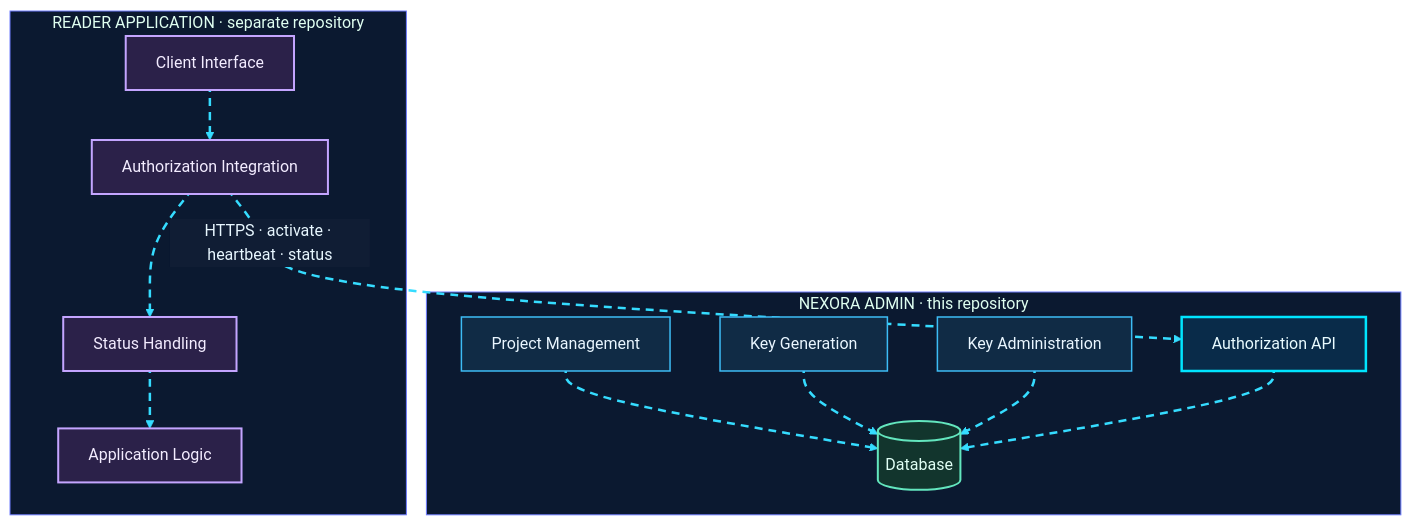
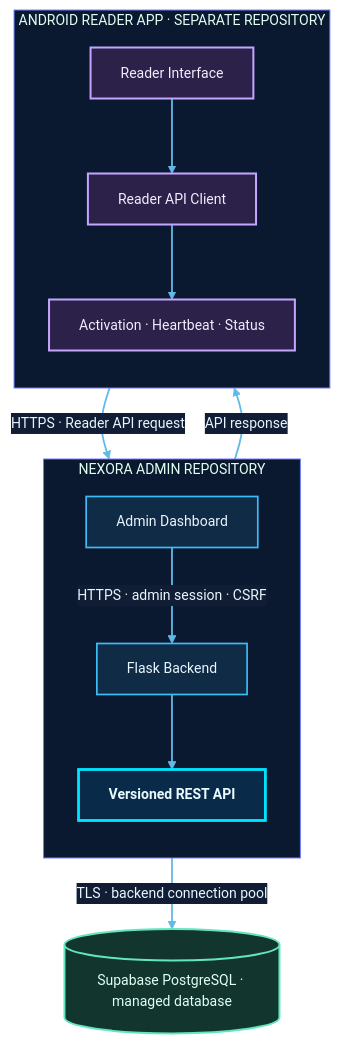
One commit to shajeduzzamanenan992008inc/NexOra-Database-key-Gen changed the second of 23 diagrams in README.md. Above: the diagram before and after it, drawn with Mermaid. The commit also changed other lines of this file, not shown here.

````diff
--- a/README.md
+++ b/README.md
@@ -446,45 +446,42 @@
 ```mermaid
-%%{init: {"theme":"base","themeVariables":{"darkMode":true,"background":"#07111f","primaryColor":"#102744","primaryTextColor":"#e8f7ff","primaryBorderColor":"#00d9ff","lineColor":"#7297c8","secondaryColor":"#261d45","secondaryTextColor":"#f3eaff","secondaryBorderColor":"#a78bfa","tertiaryColor":"#12332b","tertiaryTextColor":"#e0fff1","tertiaryBorderColor":"#41e6a2","fontFamily":"Inter, Segoe UI, sans-serif","edgeLabelBackground":"#101d34","mainBkg":"#102744","nodeBorder":"#00d9ff","clusterBkg":"#0b1930","clusterBorder":"#6f7dff","actorBkg":"#102744","actorBorder":"#00d9ff","actorTextColor":"#e8f7ff","signalColor":"#64d8ff","signalTextColor":"#e8f7ff","noteBkgColor":"#0e332b","noteBorderColor":"#41e6a2","noteTextColor":"#e0fff1"}}}%%
+%%{init: {"theme":"base","themeVariables":{"darkMode":true,"background":"#07111f","primaryColor":"#102744","primaryTextColor":"#e8f7ff","primaryBorderColor":"#00d9ff","lineColor":"#62b9e8","secondaryColor":"#261d45","secondaryTextColor":"#f3eaff","secondaryBorderColor":"#a78bfa","tertiaryColor":"#12332b","tertiaryTextColor":"#e0fff1","tertiaryBorderColor":"#41e6a2","fontFamily":"Inter, Segoe UI, sans-serif","fontSize":"14px","edgeLabelBackground":"#101d34","mainBkg":"#102744","nodeBorder":"#00d9ff","clusterBkg":"#0b1930","clusterBorder":"#6f7dff","actorBkg":"#102744","actorBorder":"#00d9ff","actorTextColor":"#e8f7ff","signalColor":"#64d8ff","signalTextColor":"#e8f7ff","noteBkgColor":"#0e332b","noteBorderColor":"#41e6a2","noteTextColor":"#e0fff1"}}}%%
 flowchart TB
-    subgraph ADMIN["NEXORA ADMIN · this repository"]
-        A1["Project Management"]
-        A2["Key Generation"]
-        A3["Key Administration"]
-        A4[("Database")]
-        A5["Authorization API"]
-    end
-    subgraph READER["READER APPLICATION · separate repository"]
-        R1["Client Interface"]
-        R2["Authorization Integration"]
-        R3["Status Handling"]
-        R4["Application Logic"]
+    subgraph ADMIN["NEXORA ADMIN REPOSITORY"]
+        direction TB
+        A1["Admin Dashboard"]
+        A2["Flask Backend"]
+        A3["Versioned REST API"]
+        A1 -->|"HTTPS · admin session · CSRF"| A2
+        A2 --> A3
     end
 
-    A1 nx02e01@--> A4
-    A2 nx02e02@--> A4
-    A3 nx02e03@--> A4
-    R1 nx02e04@--> R2
-    R2 nx02e05@-->|"HTTPS · activate · heartbeat · status"| A5
-    A5 nx02e06@--> A4
-    R2 nx02e07@--> R3
-    R3 nx02e08@--> R4
+    subgraph READER["ANDROID READER APP · SEPARATE REPOSITORY"]
+        direction TB
+        R1["Reader Interface"]
+        R2["Reader API Client"]
+        R3["Activation · Heartbeat · Status"]
+        R1 --> R2 --> R3
+    end
 
-    %% OMEGA NEX-ORA visual classes
-    %% OMEGA NEX-ORA / ULTRA NEON PALETTE
-    classDef nxCore fill:#092b49,stroke:#00e5ff,stroke-width:2.5px,color:#e9fbff;
-    classDef nxProcess fill:#102b45,stroke:#3dbcf5,stroke-width:1.5px,color:#e9f6ff;
-    classDef nxDecision fill:#2b2050,stroke:#b38cff,stroke-width:2px,color:#f3edff;
-    classDef nxSuccess fill:#0d3b2c,stroke:#3fffa0,stroke-width:2px,color:#e0fff0;
-    classDef nxDanger fill:#451d30,stroke:#ff6688,stroke-width:2px,color:#fff0f3;
+    DB[("Supabase PostgreSQL · managed database")]
+    A3 -->|"TLS · backend connection pool"| DB
+    R2 -->|"HTTPS · Reader API request"| A3
+    A3 -->|"API response"| R2
+
+
+    %% OMEGA NEX-ORA · ULTRA NEON DESIGN SYSTEM
+    classDef nxCore fill:#092b49,stroke:#00e5ff,stroke-width:2.8px,color:#e9fbff,font-weight:bold;
+    classDef nxProcess fill:#102b45,stroke:#3dbcf5,stroke-width:1.7px,color:#e9f6ff;
+    classDef nxDecision fill:#2b2050,stroke:#b38cff,stroke-width:2.2px,color:#f3edff,font-weight:bold;
+    classDef nxSuccess fill:#0d3b2c,stroke:#3fffa0,stroke-width:2.2px,color:#e0fff0,font-weight:bold;
+    classDef nxDanger fill:#451d30,stroke:#ff6688,stroke-width:2.2px,color:#fff0f3,font-weight:bold;
     classDef nxData fill:#12352d,stroke:#63e6be,stroke-width:2px,color:#e1fff5;
     classDef nxExternal fill:#2b2149,stroke:#c4a5ff,stroke-width:2px,color:#f3ecff;
     classDef nxInfo fill:#17253e,stroke:#91a7c9,stroke-width:1.5px,color:#e5efff;
     classDef nxWarning fill:#453116,stroke:#fbbf24,stroke-width:2px,color:#fff6d6;
-    %% Moving dashed route: Mermaid applies this class to explicitly identified edges.
-    classDef nxAnimated stroke:#35dcff,stroke-width:2.5px,stroke-dasharray:8\,6,stroke-dashoffset:1000,animation:dash 24s linear infinite;
-    class A1,A2,A3 nxProcess;
-    class A4 nxData;
-    class A5 nxCore;
-    class R1,R2,R3,R4 nxExternal;
-    class nx02e01,nx02e02,nx02e03,nx02e04,nx02e05,nx02e06,nx02e07,nx02e08 nxAnimated;
+    linkStyle default stroke:#62b9e8,stroke-width:1.8px;
+    class A1,A2 nxProcess;
+    class A3 nxCore;
+    class R1,R2,R3 nxExternal;
+    class DB nxData;
 ```
````
